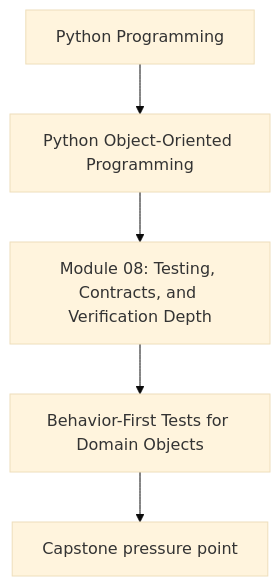
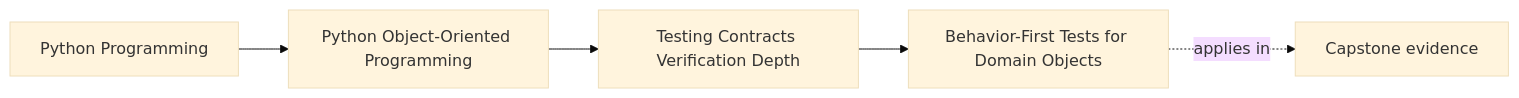
The first of 2 diagrams in programs/python-programming/python-object-oriented-programming/course-book/module-08-testing-contracts-verification-depth/behavior-first-tests-for-domain-objects.md (bijux/bijux-masterclass), drawn with Mermaid (base theme) before and after one commit. The commit also changed other lines of this file and 103 other files, not shown here.

Commit message:
docs(python-object-oriented-programming): map sustainment and capstone surfaces

````diff
--- a/programs/python-programming/python-object-oriented-programming/course-book/module-08-testing-contracts-verification-depth/behavior-first-tests-for-domain-objects.md
+++ b/programs/python-programming/python-object-oriented-programming/course-book/module-08-testing-contracts-verification-depth/behavior-first-tests-for-domain-objects.md
@@ -7,7 +7,11 @@
 ```mermaid
-flowchart TD
-  family["Python Programming"] --> program["Python Object-Oriented Programming"]
-  program --> module["Module 08: Testing, Contracts, and Verification Depth"]
-  module --> concept["Behavior-First Tests for Domain Objects"]
-  concept --> capstone["Capstone pressure point"]
+graph LR
+  family["Python Programming"]
+  program["Python Object-Oriented Programming"]
+  section["Testing Contracts Verification Depth"]
+  page["Behavior-First Tests for Domain Objects"]
+  capstone["Capstone evidence"]
+
+  family --> program --> section --> page
+  page -.applies in.-> capstone
 ```
````
